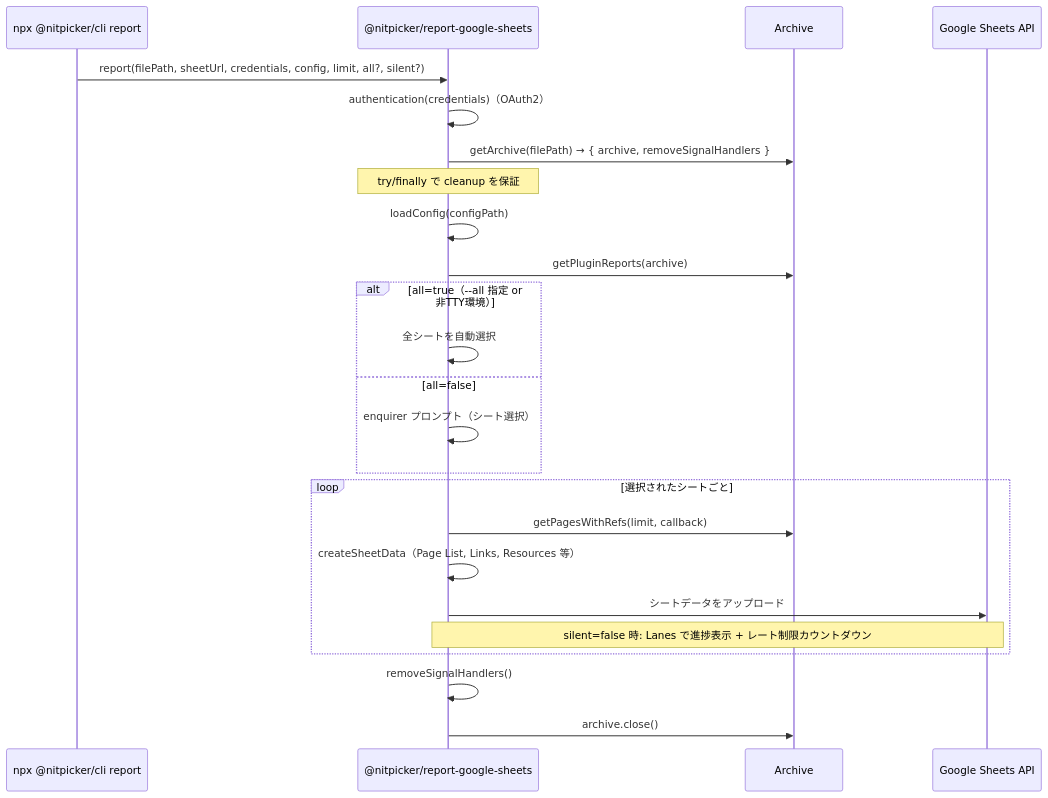
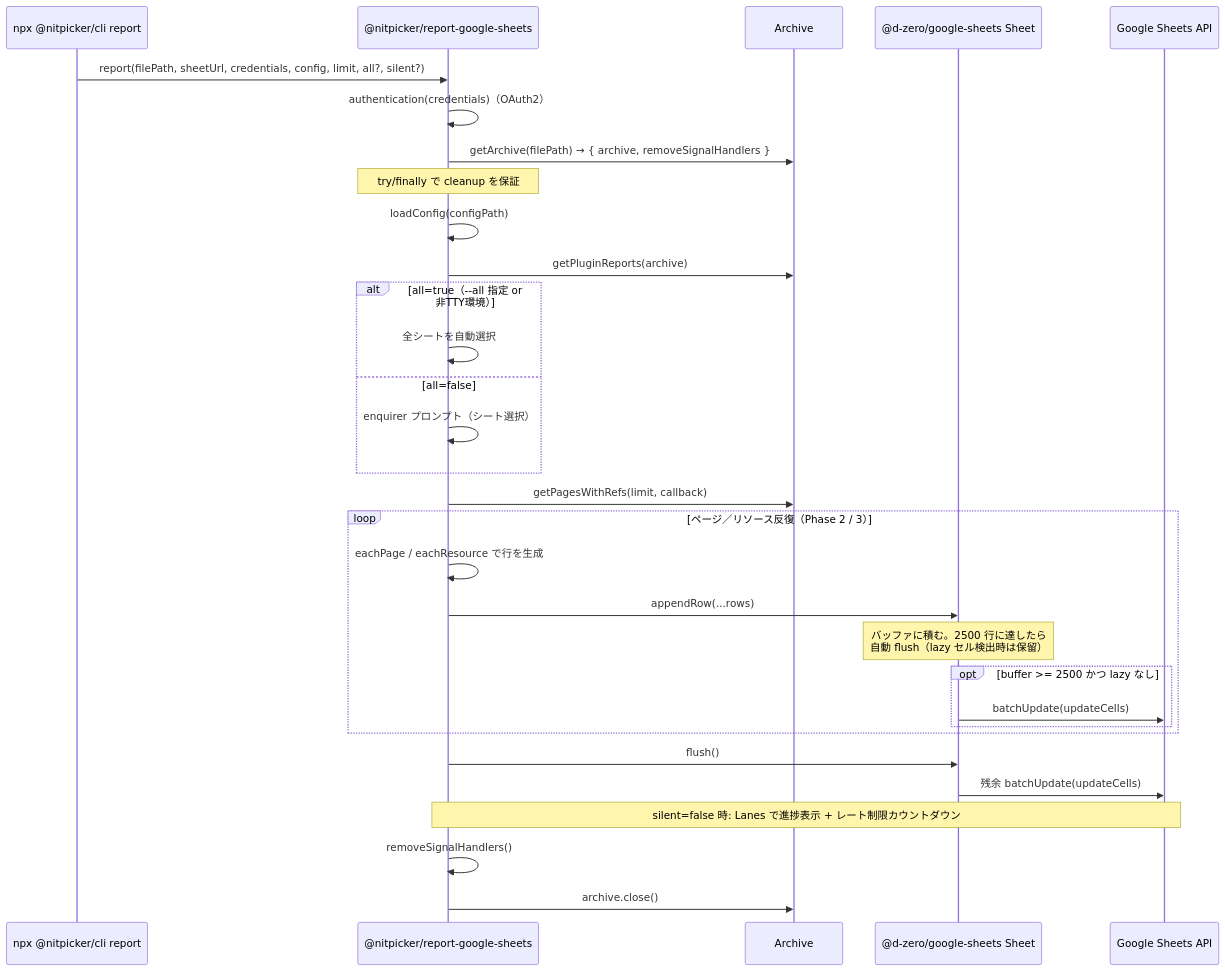
The third of 4 diagrams in ARCHITECTURE.md (d-zero-dev/nitpicker), drawn with Mermaid before and after one commit. The commit also changed other lines of this file and 2 other files, not shown here.

First line of the commit message:
docs(repo): align report docs with the appendRow streaming refactor

````diff
--- a/ARCHITECTURE.md
+++ b/ARCHITECTURE.md
@@ -517,30 +517,37 @@
 ```mermaid
 sequenceDiagram
     participant CLI as npx @nitpicker/cli report
     participant GS as @nitpicker/report-google-sheets
     participant Archive as Archive
-    participant Sheets as Google Sheets API
+    participant Sheet as @d-zero/google-sheets Sheet
+    participant API as Google Sheets API
 
     CLI->>GS: report(filePath, sheetUrl, credentials, config, limit, all?, silent?)
     GS->>GS: authentication(credentials)（OAuth2）
     GS->>Archive: getArchive(filePath) → { archive, removeSignalHandlers }
     Note over GS: try/finally で cleanup を保証
     GS->>GS: loadConfig(configPath)
     GS->>Archive: getPluginReports(archive)
 
     alt all=true（--all 指定 or 非TTY環境）
         GS->>GS: 全シートを自動選択
     else all=false
         GS->>GS: enquirer プロンプト（シート選択）
     end
 
-    loop 選択されたシートごと
-        GS->>Archive: getPagesWithRefs(limit, callback)
-        GS->>GS: createSheetData（Page List, Links, Resources 等）
-        GS->>Sheets: シートデータをアップロード
-        Note over GS,Sheets: silent=false 時: Lanes で進捗表示 + レート制限カウントダウン
+    GS->>Archive: getPagesWithRefs(limit, callback)
+    loop ページ／リソース反復（Phase 2 / 3）
+        GS->>GS: eachPage / eachResource で行を生成
+        GS->>Sheet: appendRow(...rows)
+        Note over Sheet: バッファに積む。2500 行に達したら<br/>自動 flush（lazy セル検出時は保留）
+        opt buffer >= 2500 かつ lazy なし
+            Sheet->>API: batchUpdate(updateCells)
+        end
     end
+    GS->>Sheet: flush()
+    Sheet->>API: 残余 batchUpdate(updateCells)
+    Note over GS,API: silent=false 時: Lanes で進捗表示 + レート制限カウントダウン
 
     GS->>GS: removeSignalHandlers()
     GS->>Archive: archive.close()
 ```
````
